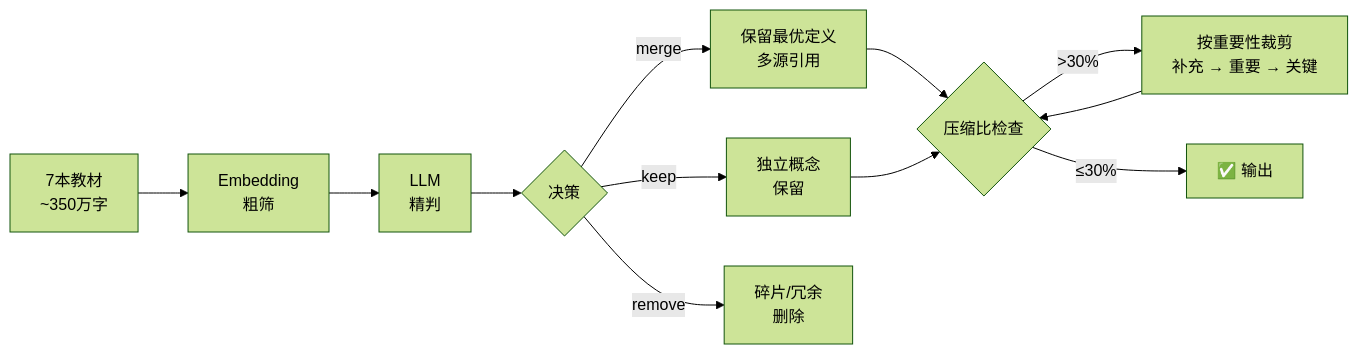
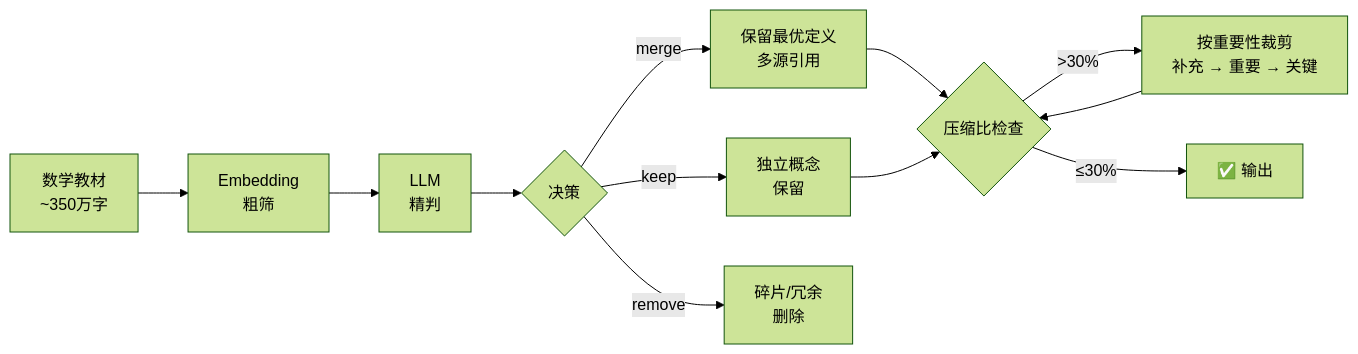
The second of 2 diagrams in README.md (wy66341/math-agent), drawn with Mermaid (forest theme) before and after one commit. The commit also changed other lines of this file and 1 other file, not shown here.

Commit message:
docs: align README and ARCHITECTURE with new Math Agent project identity

````diff
--- a/README.md
+++ b/README.md
@@ -47,14 +47,14 @@
 ```mermaid
 flowchart LR
-    A[7本教材<br/>~350万字] --> B[Embedding<br/>粗筛]
+    A[数学教材<br/>~350万字] --> B[Embedding<br/>粗筛]
     B --> C[LLM<br/>精判]
     C --> D{决策}
     D -->|merge| E[保留最优定义<br/>多源引用]
     D -->|keep| F[独立概念<br/>保留]
     D -->|remove| G[碎片/冗余<br/>删除]
     E --> H{压缩比检查}
     F --> H
     H -->|>30%| I[按重要性裁剪<br/>补充 → 重要 → 关键]
     H -->|≤30%| J[✅ 输出]
     I --> H
 ```
````
